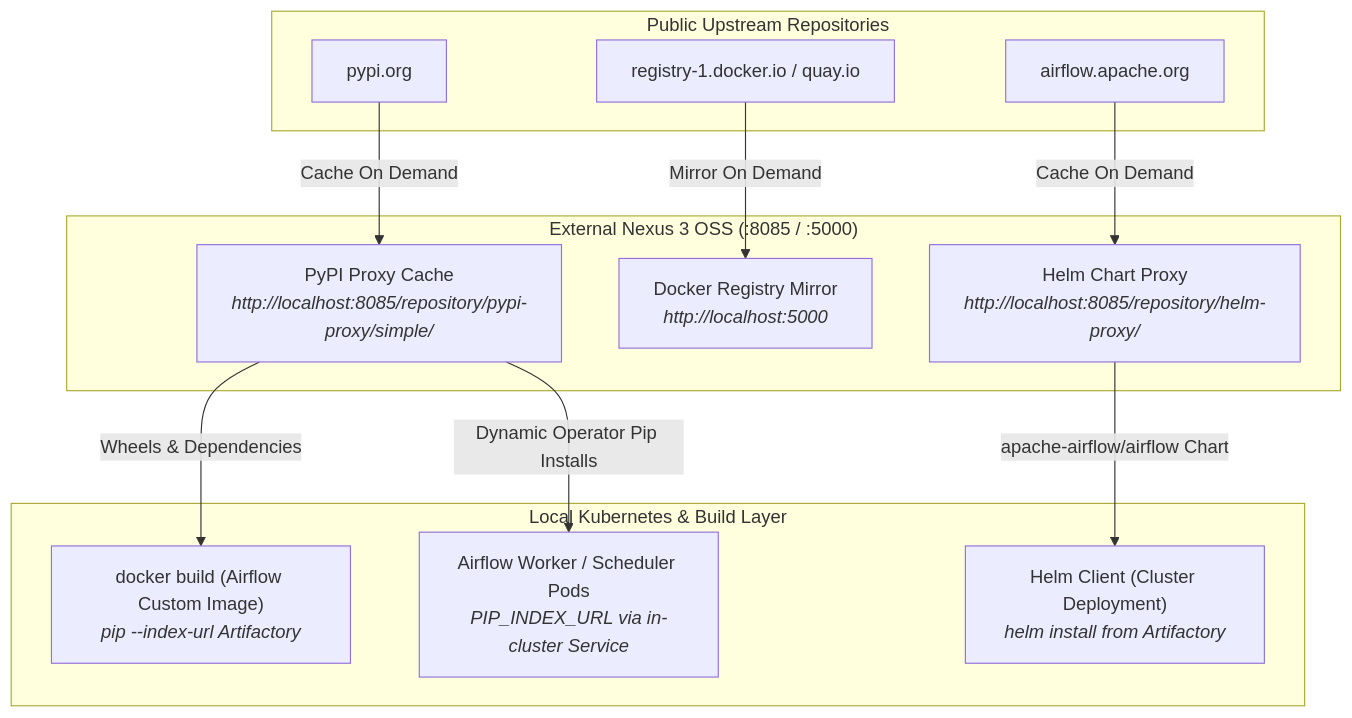
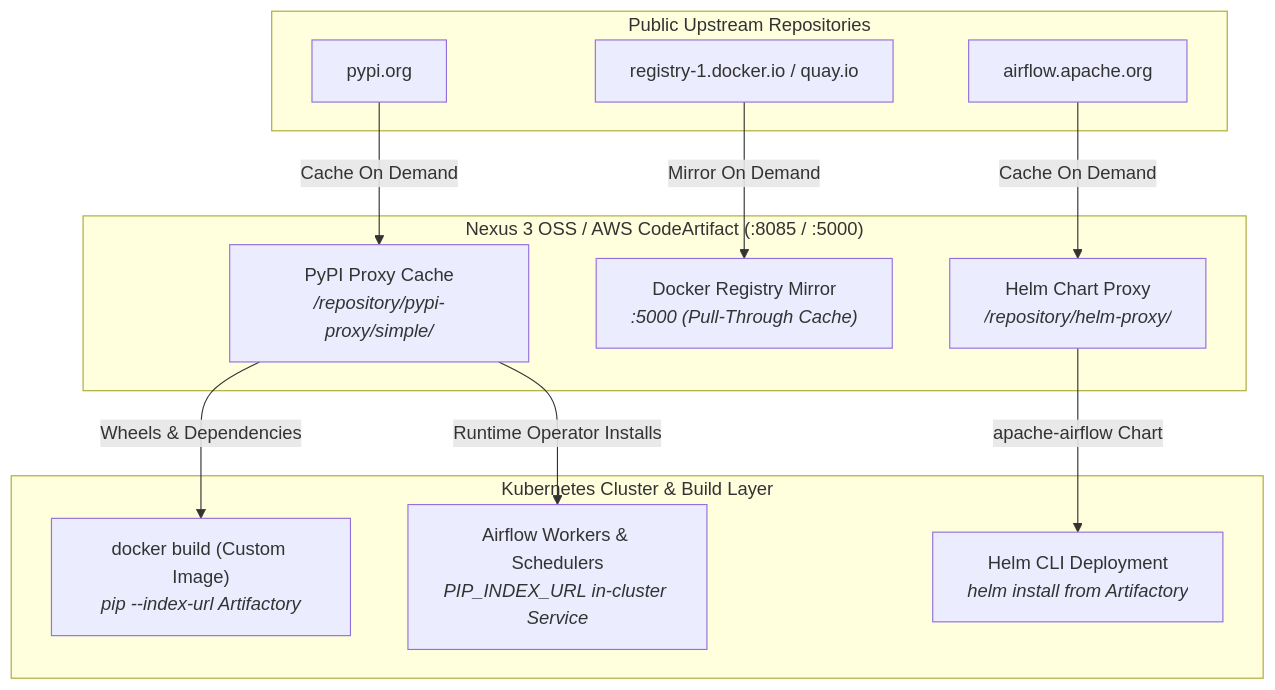
Before and after one commit to amirsohelprowork-netizen/Learn_Airflow: the third of 4 diagrams in README.md, drawn with Mermaid. The commit also changed other lines of this file, not shown here.

````diff
--- a/README.md
+++ b/README.md
@@ -139,28 +238,28 @@
 ```mermaid
 flowchart TD
     subgraph PublicNet["Public Upstream Repositories"]
         UP_PYPI["pypi.org"]
         UP_DOCKER["registry-1.docker.io / quay.io"]
         UP_HELM["airflow.apache.org"]
     end
 
-    subgraph HostRegistry["External Nexus 3 OSS (:8085 / :5000)"]
-        PROXY_PYPI["PyPI Proxy Cache<br/><i>http://localhost:8085/repository/pypi-proxy/simple/</i>"]
-        PROXY_DOCKER["Docker Registry Mirror<br/><i>http://localhost:5000</i>"]
-        PROXY_HELM["Helm Chart Proxy<br/><i>http://localhost:8085/repository/helm-proxy/</i>"]
+    subgraph HostRegistry["Nexus 3 OSS / AWS CodeArtifact (:8085 / :5000)"]
+        PROXY_PYPI["PyPI Proxy Cache<br/><i>/repository/pypi-proxy/simple/</i>"]
+        PROXY_DOCKER["Docker Registry Mirror<br/><i>:5000 (Pull-Through Cache)</i>"]
+        PROXY_HELM["Helm Chart Proxy<br/><i>/repository/helm-proxy/</i>"]
     end
 
-    subgraph LabEnvironment["Local Kubernetes & Build Layer"]
-        BUILD["docker build (Airflow Custom Image)<br/><i>pip --index-url Artifactory</i>"]
-        K8S_HELM["Helm Client (Cluster Deployment)<br/><i>helm install from Artifactory</i>"]
-        PODS["Airflow Worker / Scheduler Pods<br/><i>PIP_INDEX_URL via in-cluster Service</i>"]
+    subgraph LabEnvironment["Kubernetes Cluster & Build Layer"]
+        BUILD["docker build (Custom Image)<br/><i>pip --index-url Artifactory</i>"]
+        K8S_HELM["Helm CLI Deployment<br/><i>helm install from Artifactory</i>"]
+        PODS["Airflow Workers & Schedulers<br/><i>PIP_INDEX_URL in-cluster Service</i>"]
     end
 
     UP_PYPI -->|Cache On Demand| PROXY_PYPI
     UP_DOCKER -->|Mirror On Demand| PROXY_DOCKER
     UP_HELM -->|Cache On Demand| PROXY_HELM
 
     PROXY_PYPI -->|Wheels & Dependencies| BUILD
-    PROXY_PYPI -->|Dynamic Operator Pip Installs| PODS
-    PROXY_HELM -->|apache-airflow/airflow Chart| K8S_HELM
+    PROXY_PYPI -->|Runtime Operator Installs| PODS
+    PROXY_HELM -->|apache-airflow Chart| K8S_HELM
 ```
````
